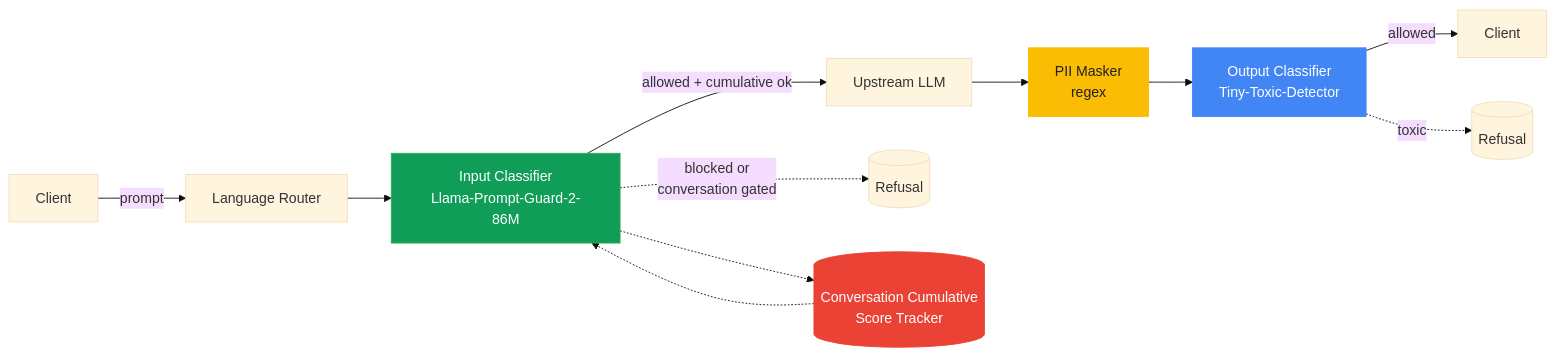
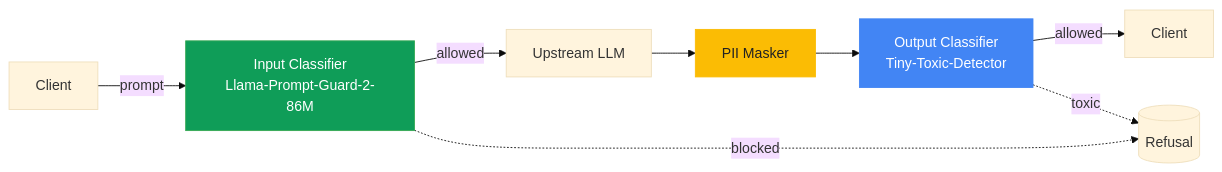
Before and after one commit to karimelmasry42/llm-firewall: the first of 2 diagrams in README.md, drawn with Mermaid (base theme). The commit also changed other lines of this file and 17 other files, not shown here.

First line of the commit message:
Cleanup: drop language router + single-prompt UI; switch conversation gate to windowed sum

````diff
--- a/README.md
+++ b/README.md
@@ -54,17 +54,13 @@
 ```mermaid
 flowchart LR
-    C[Client] -->|prompt| LR[Language Router]
-    LR --> IC[Input Classifier<br/>Llama-Prompt-Guard-2-86M]
-    IC -->|allowed + cumulative ok| LLM[Upstream LLM]
-    IC -.->|blocked or<br/>conversation gated| Refuse[(Refusal)]
-    LLM --> PII[PII Masker<br/>regex]
+    C[Client] -->|prompt| IC[Input Classifier<br/>Llama-Prompt-Guard-2-86M]
+    IC -->|allowed| LLM[Upstream LLM]
+    IC -.->|blocked| Refuse[(Refusal)]
+    LLM --> PII[PII Masker]
     PII --> OC[Output Classifier<br/>Tiny-Toxic-Detector]
     OC -->|allowed| C2[Client]
-    OC -.->|toxic| Refuse2[(Refusal)]
-    IC -.-> Conv[(Conversation Cumulative<br/>Score Tracker)]
-    Conv -.-> IC
+    OC -.->|toxic| Refuse
     style IC fill:#0f9d58,stroke:#34a853,color:#fff
     style OC fill:#4285f4,stroke:#4285f4,color:#fff
     style PII fill:#fbbc04,stroke:#fbbc04,color:#202124
-    style Conv fill:#ea4335,stroke:#ea4335,color:#fff
 ```
````
